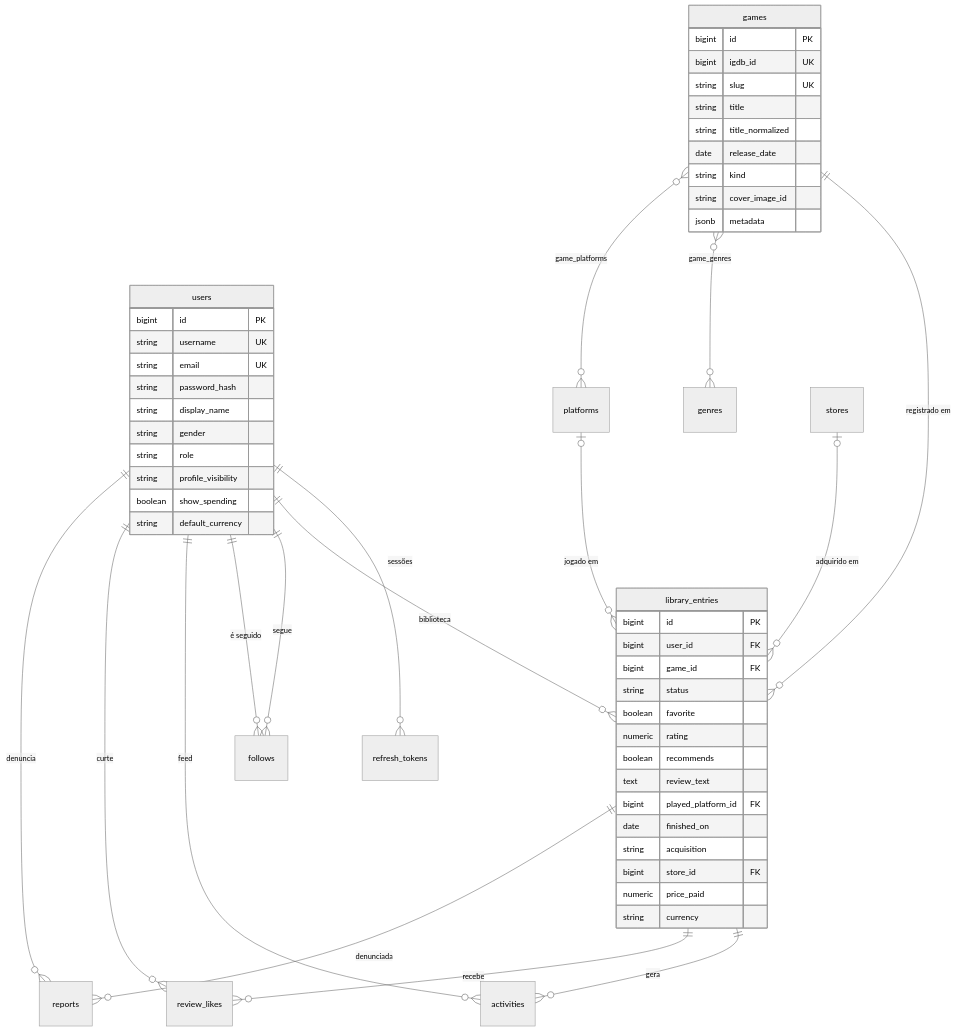
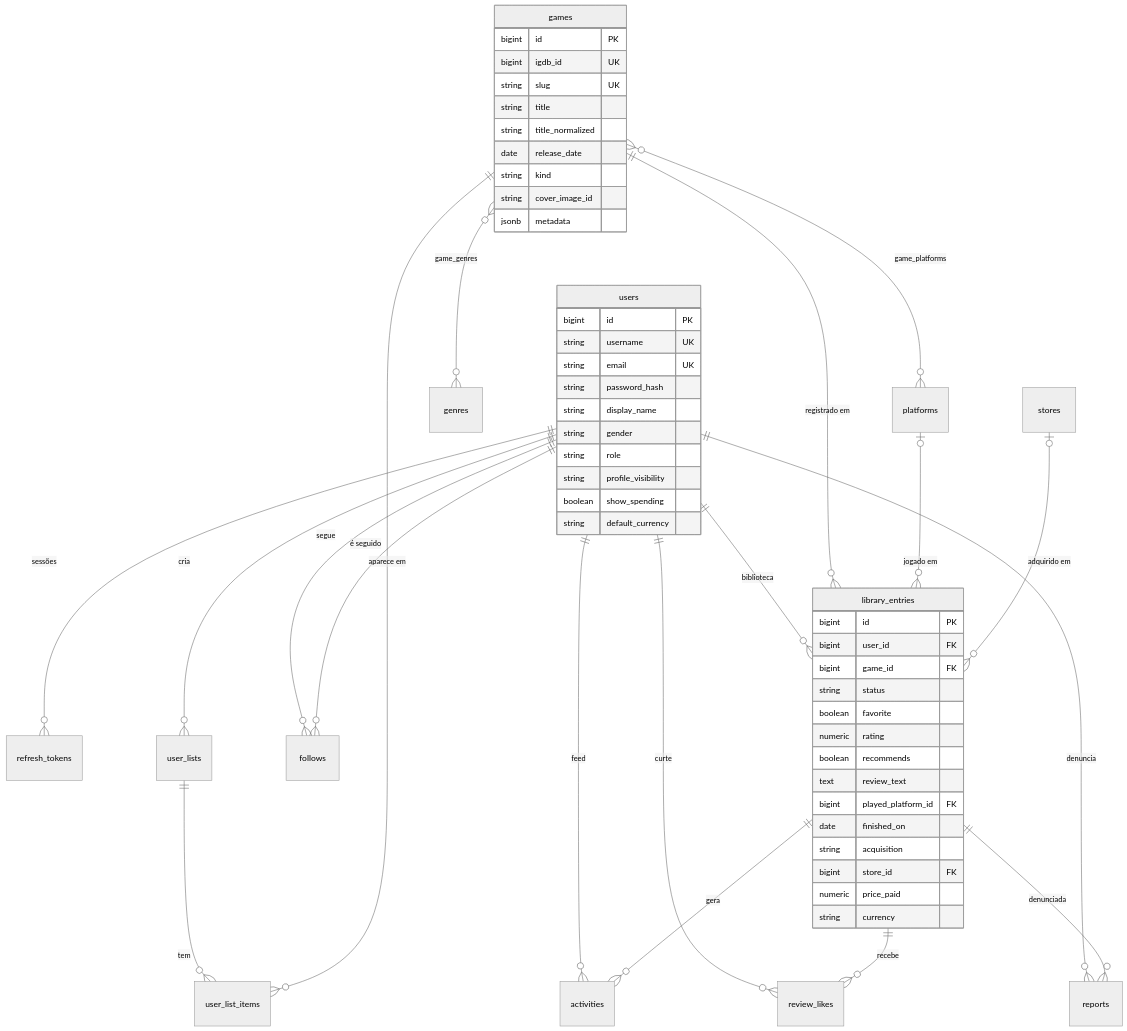
One commit to kauanunnes/game-log-backend changed the diagram in docs/03-modelo-de-dados.md. Above: the diagram before and after it, drawn with Mermaid (neutral theme). The commit also changed other lines of this file and 6 other files, not shown here.

````diff
--- a/docs/03-modelo-de-dados.md
+++ b/docs/03-modelo-de-dados.md
@@ -7,58 +7,61 @@
 ```mermaid
 erDiagram
     users ||--o{ refresh_tokens : "sessões"
     users ||--o{ library_entries : "biblioteca"
     users ||--o{ follows : "segue"
     users ||--o{ follows : "é seguido"
     users ||--o{ activities : "feed"
     library_entries ||--o{ activities : "gera"
     users ||--o{ review_likes : "curte"
     library_entries ||--o{ review_likes : "recebe"
     users ||--o{ reports : "denuncia"
     library_entries ||--o{ reports : "denunciada"
+    users ||--o{ user_lists : "cria"
+    user_lists ||--o{ user_list_items : "tem"
+    games ||--o{ user_list_items : "aparece em"
     games ||--o{ library_entries : "registrado em"
     games }o--o{ genres : "game_genres"
     games }o--o{ platforms : "game_platforms"
     platforms |o--o{ library_entries : "jogado em"
     stores |o--o{ library_entries : "adquirido em"
 
     users {
         bigint id PK
         string username UK
         string email UK
         string password_hash
         string display_name
         string gender
         string role
         string profile_visibility
         boolean show_spending
         string default_currency
     }
     games {
         bigint id PK
         bigint igdb_id UK
         string slug UK
         string title
         string title_normalized
         date release_date
         string kind
         string cover_image_id
         jsonb metadata
     }
     library_entries {
         bigint id PK
         bigint user_id FK
         bigint game_id FK
         string status
         boolean favorite
         numeric rating
         boolean recommends
         text review_text
         bigint played_platform_id FK
         date finished_on
         string acquisition
         bigint store_id FK
         numeric price_paid
         string currency
     }
 ```
````
